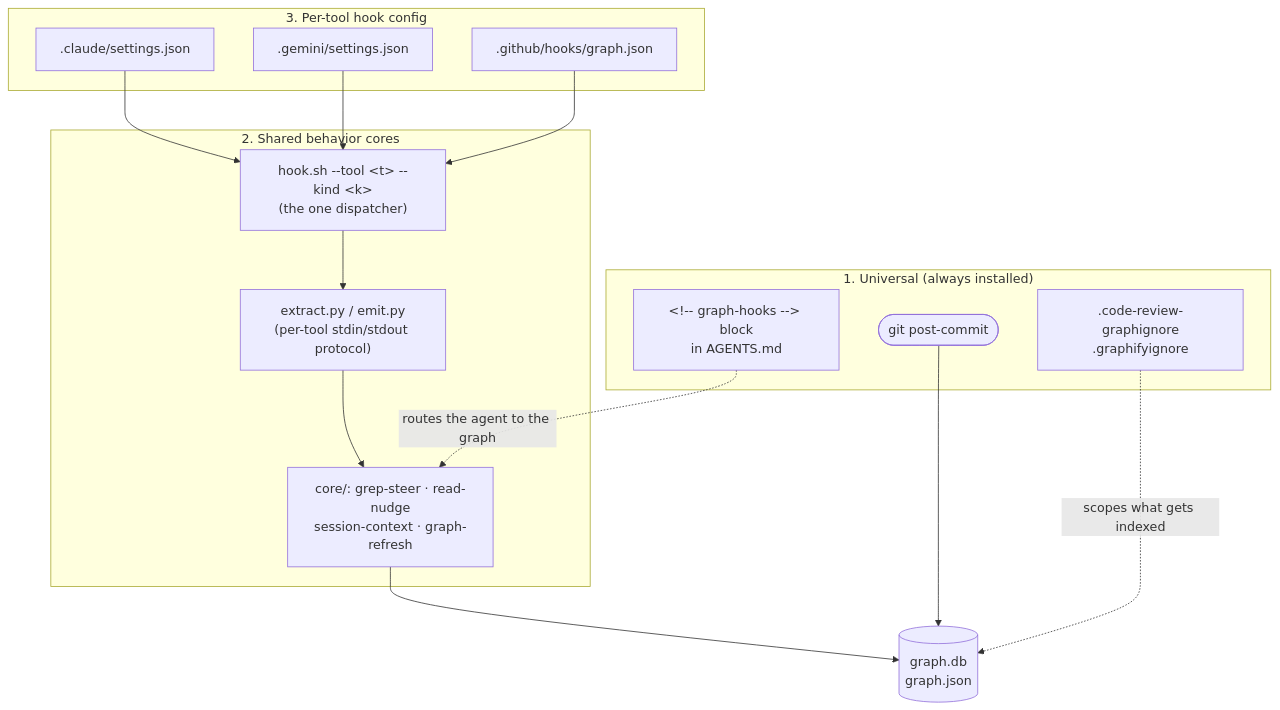
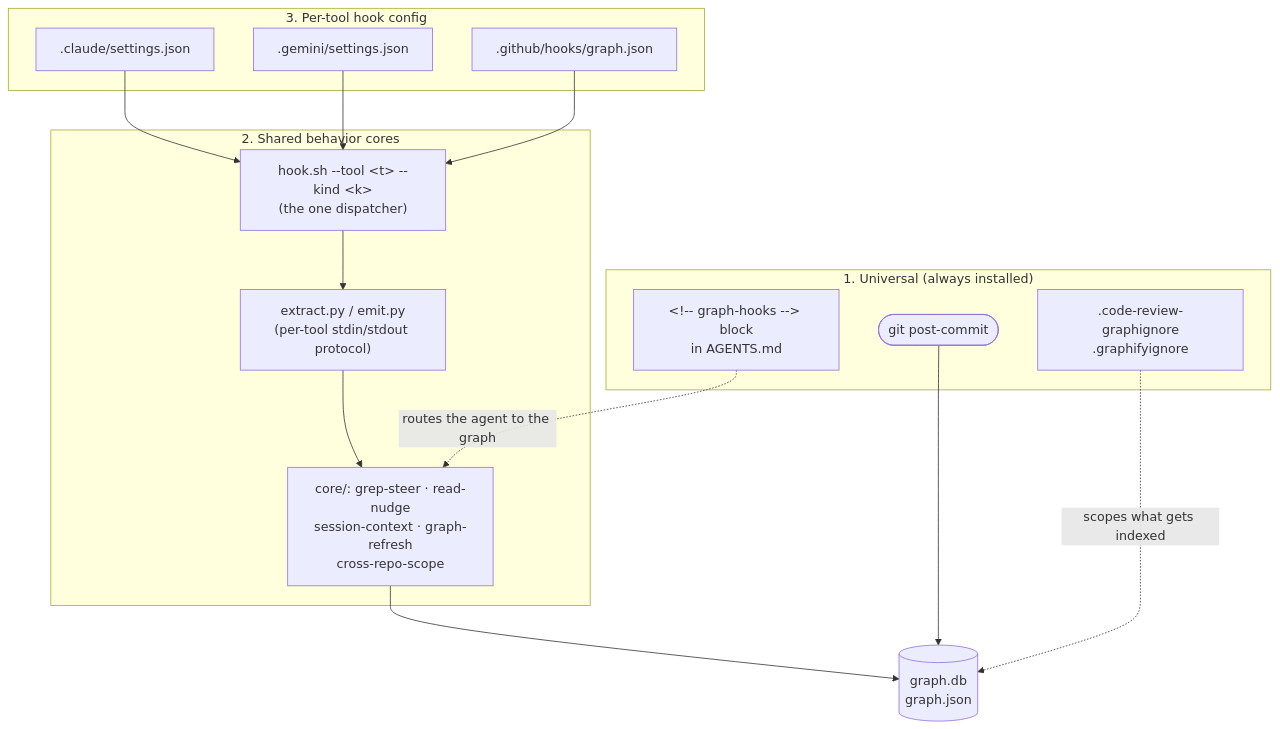
One commit to xyzxyz442/x442-skills changed the diagram in skills/engineering/setup-graph-hooks/SKILL.md. Above: the diagram before and after it, drawn with Mermaid. The commit also changed other lines of this file and 1 other file, not shown here.

First line of the commit message:
docs(docs): document the sibling tier in the grep-steer ladder

````diff
--- a/skills/engineering/setup-graph-hooks/SKILL.md
+++ b/skills/engineering/setup-graph-hooks/SKILL.md
@@ -39,30 +41,30 @@
 ```mermaid
 flowchart TD
     subgraph l3["3. Per-tool hook config"]
         CC[".claude/settings.json"]
         GEM[".gemini/settings.json"]
         COP[".github/hooks/graph.json"]
     end
 
     subgraph l2["2. Shared behavior cores"]
         D["hook.sh --tool &lt;t&gt; --kind &lt;k&gt;<br/>(the one dispatcher)"]
         X["extract.py / emit.py<br/>(per-tool stdin/stdout protocol)"]
-        C["core/: grep-steer · read-nudge<br/>session-context · graph-refresh"]
+        C["core/: grep-steer · read-nudge<br/>session-context · graph-refresh<br/>cross-repo-scope"]
     end
 
     subgraph l1["1. Universal (always installed)"]
         AG["&lt;!-- graph-hooks --&gt; block<br/>in AGENTS.md"]
         PC(["git post-commit"])
         IG[".code-review-graphignore<br/>.graphifyignore"]
     end
 
     CC --> D
     GEM --> D
     COP --> D
     D --> X
     X --> C
     C --> ART[("graph.db<br/>graph.json")]
     PC --> ART
     AG -.->|"routes the agent to the graph"| C
     IG -.->|"scopes what gets indexed"| ART
 ```
````
